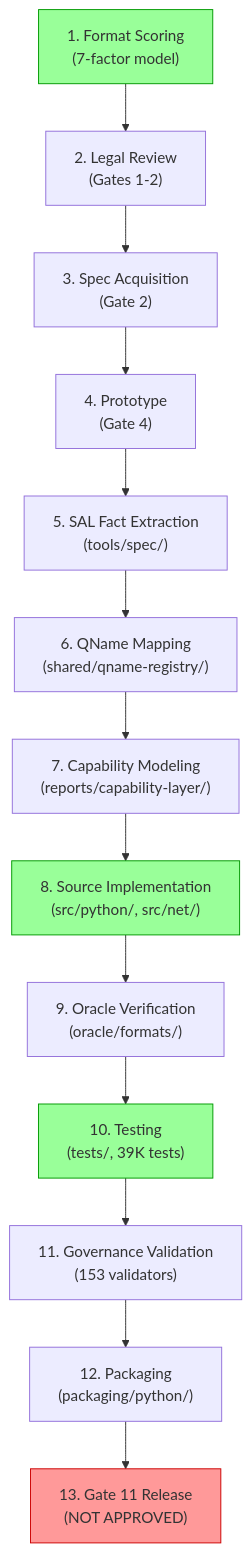
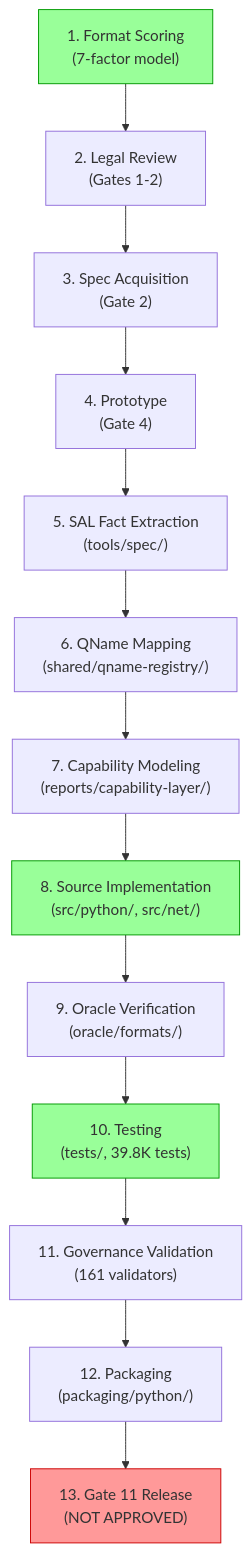
The third of 18 diagrams in docs/system-recon/FF-DEEP-RECON-20260705-052931/02-SYSTEM-ARCHITECTURE-AND-DIAGRAMS.md (babar-raza/format-factory), drawn with Mermaid before and after one commit. The commit also changed other lines of this file and 6 other files, not shown here.

````diff
--- a/docs/system-recon/FF-DEEP-RECON-20260705-052931/02-SYSTEM-ARCHITECTURE-AND-DIAGRAMS.md
+++ b/docs/system-recon/FF-DEEP-RECON-20260705-052931/02-SYSTEM-ARCHITECTURE-AND-DIAGRAMS.md
@@ -104,26 +104,26 @@
 ```mermaid
 flowchart TB
     S1["1. Format Scoring<br/>(7-factor model)"]
     S2["2. Legal Review<br/>(Gates 1-2)"]
     S3["3. Spec Acquisition<br/>(Gate 2)"]
     S4["4. Prototype<br/>(Gate 4)"]
     S5["5. SAL Fact Extraction<br/>(tools/spec/)"]
     S6["6. QName Mapping<br/>(shared/qname-registry/)"]
     S7["7. Capability Modeling<br/>(reports/capability-layer/)"]
     S8["8. Source Implementation<br/>(src/python/, src/net/)"]
     S9["9. Oracle Verification<br/>(oracle/formats/)"]
-    S10["10. Testing<br/>(tests/, 39K tests)"]
-    S11["11. Governance Validation<br/>(153 validators)"]
+    S10["10. Testing<br/>(tests/, 39.8K tests)"]
+    S11["11. Governance Validation<br/>(161 validators)"]
     S12["12. Packaging<br/>(packaging/python/)"]
     S13["13. Gate 11 Release<br/>(NOT APPROVED)"]
 
     S1 --> S2 --> S3 --> S4
     S4 --> S5 --> S6 --> S7
     S7 --> S8 --> S9 --> S10
     S10 --> S11 --> S12 --> S13
 
     style S13 fill:#f99,stroke:#c00
     style S1 fill:#9f9,stroke:#090
     style S8 fill:#9f9,stroke:#090
     style S10 fill:#9f9,stroke:#090
 ```
````
